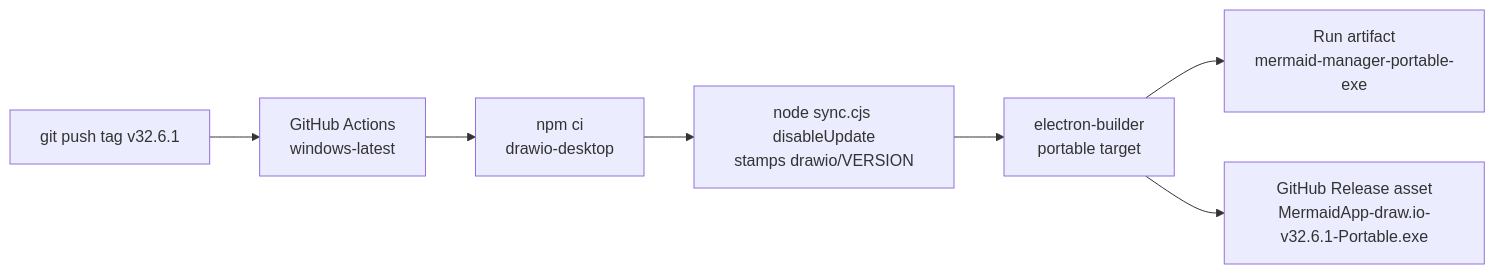
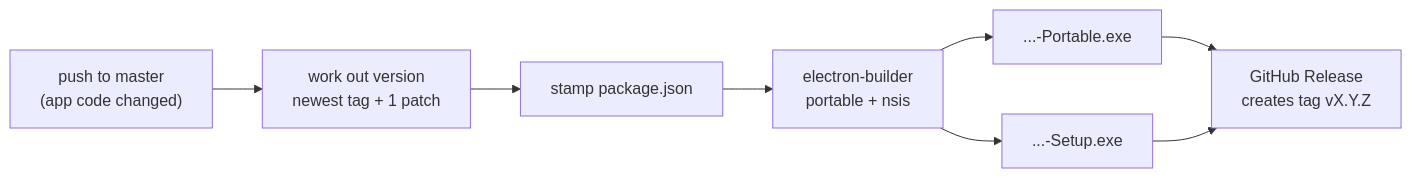
Before and after one commit to Mostakim2005/mermaid-manager: the fourth of 4 diagrams in docs/ARCHITECTURE.md, drawn with Mermaid. The commit also changed other lines of this file and 5 other files, not shown here.

````diff
--- a/docs/ARCHITECTURE.md
+++ b/docs/ARCHITECTURE.md
@@ -143,9 +144,10 @@
 ```mermaid
 flowchart LR
-    TAG["git push tag v32.6.1"] --> CI["GitHub Actions<br/>windows-latest"]
-    CI --> INSTALL["npm ci<br/>drawio-desktop"]
-    INSTALL --> SYNC["node sync.cjs disableUpdate<br/>stamps drawio/VERSION"]
-    SYNC --> PACK["electron-builder<br/>portable target"]
-    PACK --> ART["Run artifact<br/>mermaid-manager-portable-exe"]
-    PACK --> REL["GitHub Release asset<br/>MermaidApp-draw.io-v32.6.1-Portable.exe"]
+    PUSH["push to master<br/>(app code changed)"] --> VER["work out version<br/>newest tag + 1 patch"]
+    VER --> STAMP["stamp package.json"]
+    STAMP --> BUILD["electron-builder<br/>portable + nsis"]
+    BUILD --> PORT["...-Portable.exe"]
+    BUILD --> SETUP["...-Setup.exe"]
+    PORT --> REL["GitHub Release<br/>creates tag vX.Y.Z"]
+    SETUP --> REL
 ```
````
